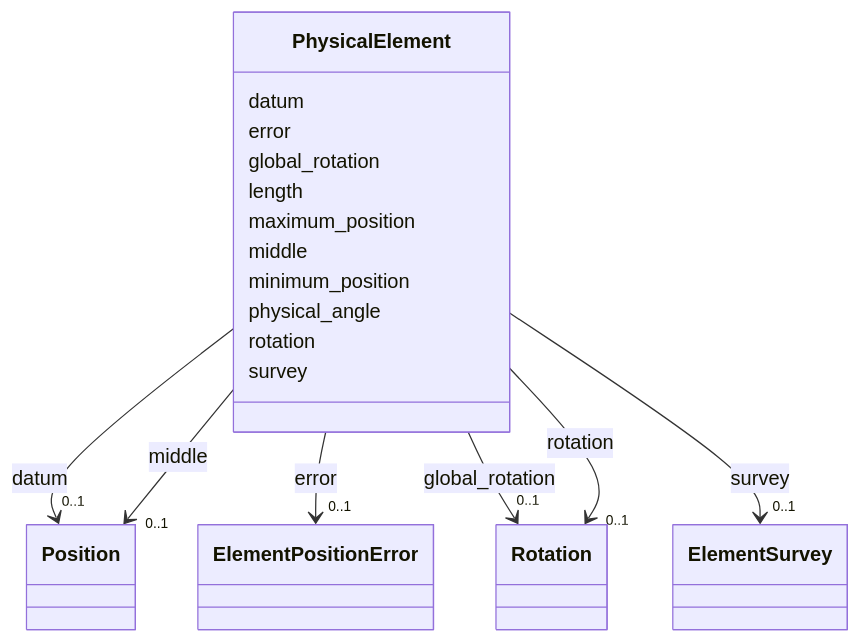
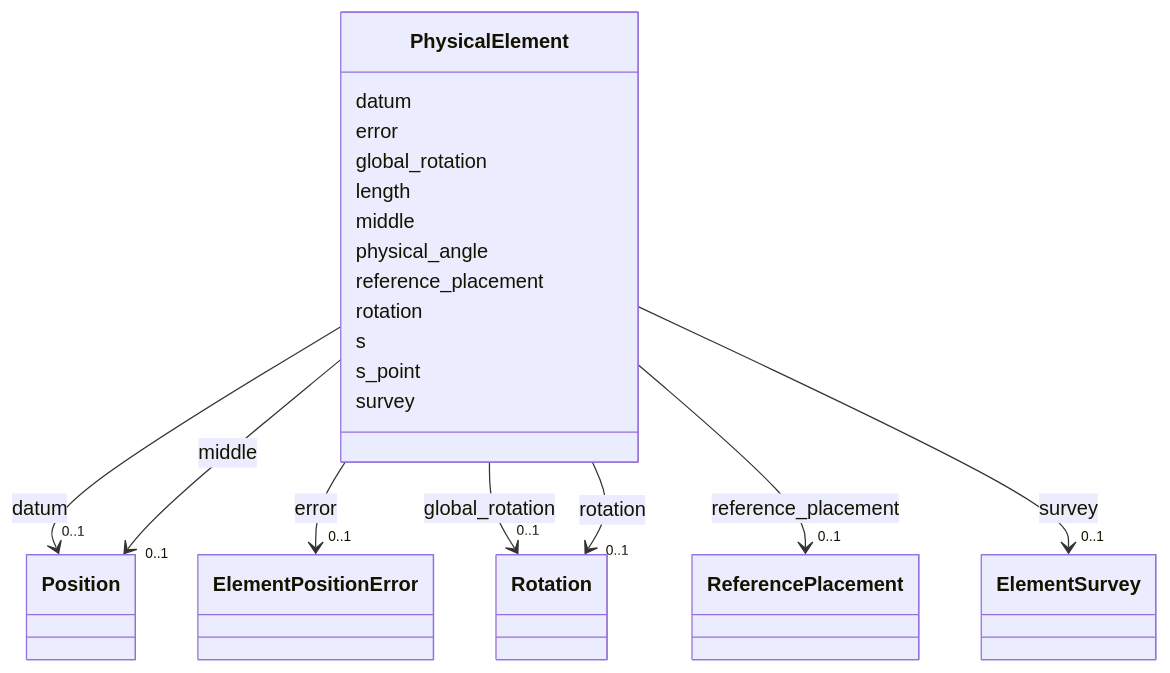
One commit to astec-stfc/laura changed the diagram in docs/source/schema/PhysicalElement.md. Above: the diagram before and after it, drawn with Mermaid. The commit also changed other lines of this file and 83 other files, not shown here.

```diff
--- a/docs/source/schema/PhysicalElement.md
+++ b/docs/source/schema/PhysicalElement.md
@@ -59,8 +59,6 @@
         
       PhysicalElement : length
         
-      PhysicalElement : maximum_position
-        
       PhysicalElement : middle
         
           
@@ -72,9 +70,18 @@
     
 
         
-      PhysicalElement : minimum_position
+      PhysicalElement : physical_angle
         
-      PhysicalElement : physical_angle
+      PhysicalElement : reference_placement
+        
+          
+    
+        
+        
+        PhysicalElement --> "0..1" ReferencePlacement : reference_placement
+        click ReferencePlacement href "../ReferencePlacement/"
+    
+
         
       PhysicalElement : rotation
         
@@ -86,6 +93,10 @@
         click Rotation href "../Rotation/"
     
 
+        
+      PhysicalElement : s
+        
+      PhysicalElement : s_point
         
       PhysicalElement : survey
         
```
